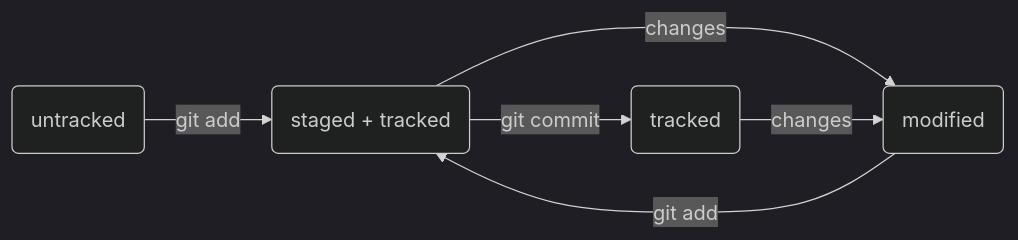
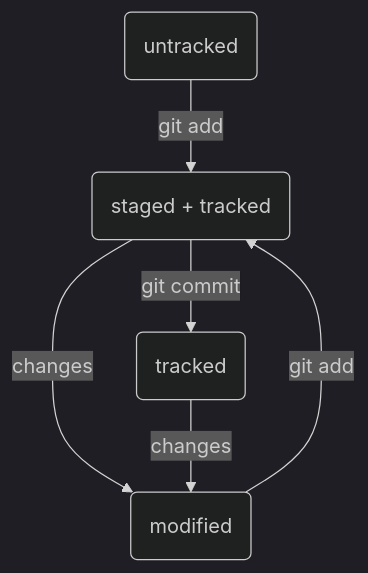
The diagram in README.md (VSlava256/summary), drawn with Mermaid (dark theme) before and after one commit. The commit also changed other lines of this file, not shown here.

Commit message:
v14 Add mermaid scheme about status of files

````diff
--- a/README.md
+++ b/README.md
@@ -45,9 +36,9 @@
 ```mermaid
-graph LR;
+flowchart TD;
 %% так в mermaid можно писать комментарии
   A(untracked) -- "git add" --> B(staged + tracked);
   B -- "git commit" --> C(tracked);
   D(modified) -- "git add" --> B;
   B -- "changes" --> D;
   C -- "changes" --> D;
 ``` 
````
